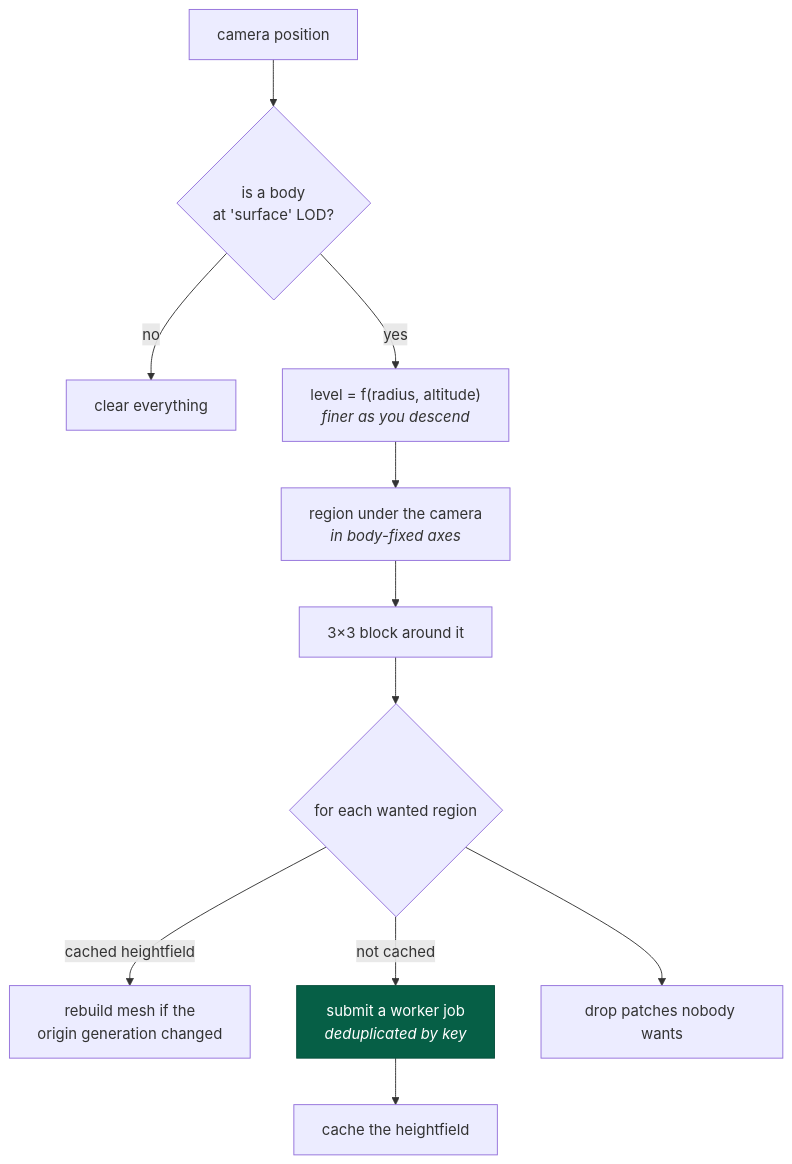
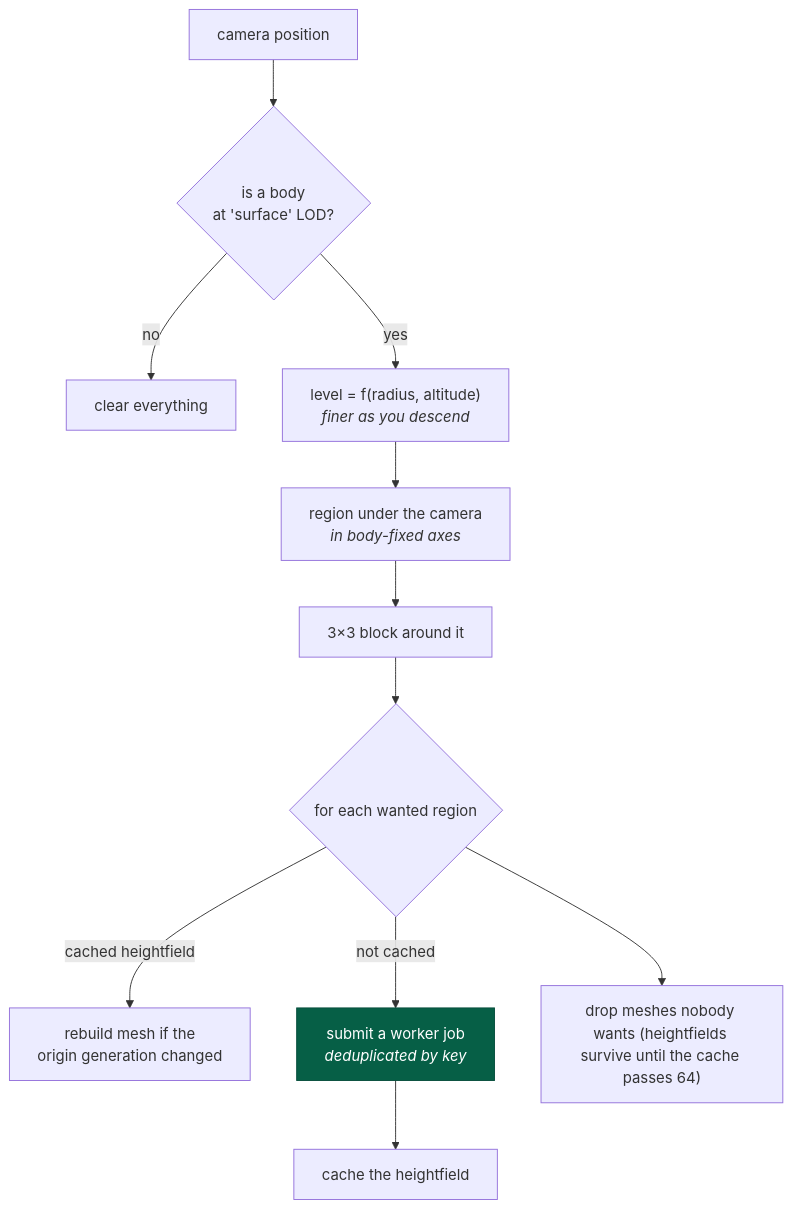
One commit to jonjaques/inertialref changed the third of 3 diagrams in docs/concepts/streaming.md. Above: the diagram before and after it, drawn with Mermaid. The commit also changed other lines of this file and 24 other files, not shown here.

````diff
--- a/docs/concepts/streaming.md
+++ b/docs/concepts/streaming.md
@@ -81,15 +81,15 @@
 ```mermaid
 flowchart TB
     CAM["camera position"] --> BODY{"is a body<br/>at 'surface' LOD?"}
     BODY -->|no| CLEAR["clear everything"]
     BODY -->|yes| LEVEL["level = f(radius, altitude)<br/><i>finer as you descend</i>"]
     LEVEL --> CENTRE["region under the camera<br/><i>in body-fixed axes</i>"]
     CENTRE --> BLOCK["3×3 block around it"]
     BLOCK --> RECON{"for each wanted region"}
     RECON -->|"cached heightfield"| MESH["rebuild mesh if the<br/>origin generation changed"]
     RECON -->|"not cached"| JOB["submit a worker job<br/><i>deduplicated by key</i>"]
     JOB --> CACHE["cache the heightfield"]
-    RECON --> EVICT["drop patches nobody wants"]
+    RECON --> EVICT["drop meshes nobody wants (heightfields survive until the cache passes 64)"]
 
     style JOB fill:#065f46,stroke:#064e3b,color:#fff
 ```
````
